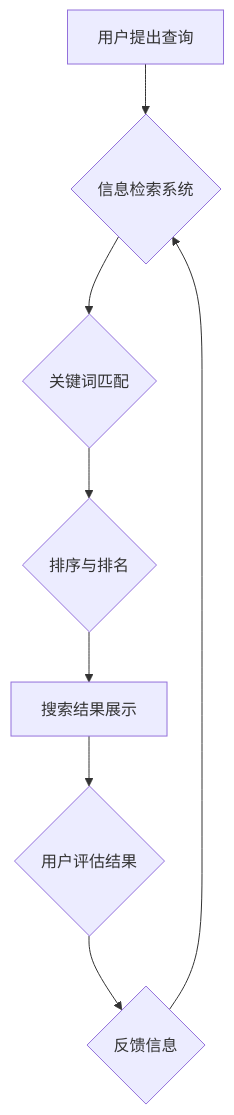
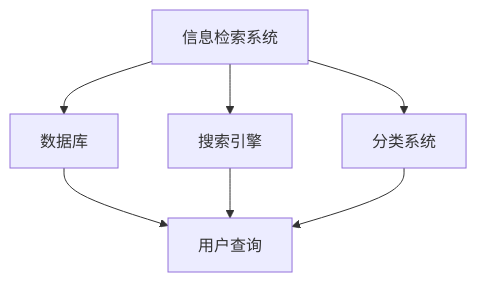
One commit to AIGeniusInstitute/pycnblog changed the diagram in agi/437/信息过载与信息搜索策略与指南：在庞大的信息海洋中找到所需信息.md. Above: the diagram before and after it, drawn with Mermaid. The commit also changed other lines of this file and 45677 other files, not shown here.

````diff
--- a/agi/437/信息过载与信息搜索策略与指南：在庞大的信息海洋中找到所需信息.md
+++ b/agi/437/信息过载与信息搜索策略与指南：在庞大的信息海洋中找到所需信息.md
@@ -33,10 +46,9 @@
 ```mermaid
 graph TD
-    A[用户提出查询] --> B{信息检索系统}
-    B --> C{关键词匹配}
-    C --> D{排序与排名}
-    D --> E[搜索结果展示]
-    E --> F{用户评估结果}
-    F --> G{反馈信息}
-    G --> B
+    A[信息检索系统] --> B[数据库]
+    A --> C[搜索引擎]
+    A --> D[分类系统]
+    B --> E[用户查询]
+    C --> E
+    D --> E
 ```
````
